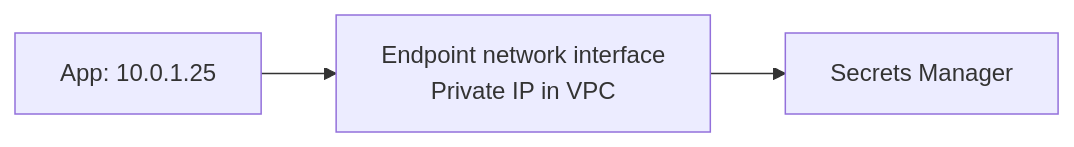
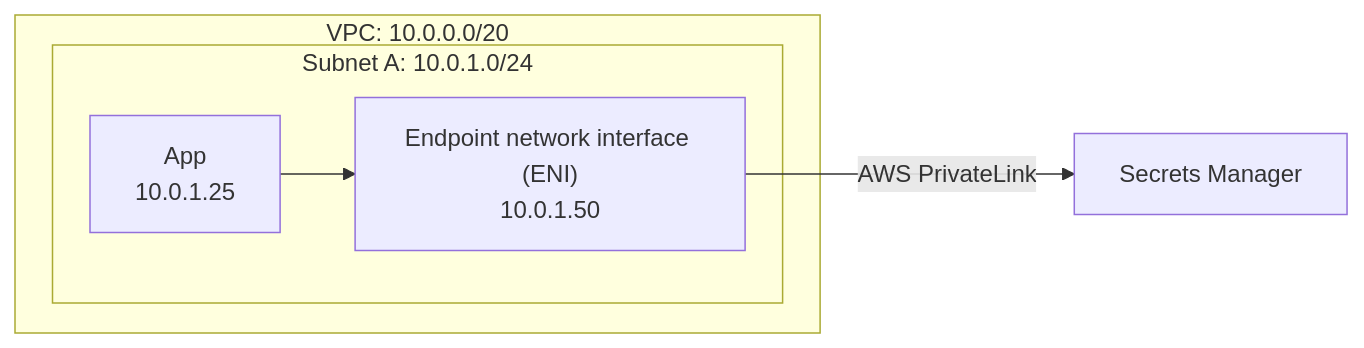
The ninth of 10 diagrams in docs/aws/networking.md (slinjhu/akashic), drawn with Mermaid before and after one commit. The commit also changed other lines of this file, not shown here.

Commit message:
Clarify interface endpoints, security controls, and gateway tradeoffs

````diff
--- a/docs/aws/networking.md
+++ b/docs/aws/networking.md
@@ -343,5 +343,11 @@
 ```mermaid
 flowchart LR
-    app["App: 10.0.1.25"] --> ep["Endpoint network interface<br/>Private IP in VPC"]
-    ep --> service["Secrets Manager"]
+    subgraph vpc["VPC: 10.0.0.0/20"]
+        subgraph subnetA["Subnet A: 10.0.1.0/24"]
+            app["App<br/>10.0.1.25"]
+            ep["Endpoint network interface (ENI)<br/>10.0.1.50"]
+            app --> ep
+        end
+    end
+    ep -->|AWS PrivateLink| service["Secrets Manager"]
 ```
````
